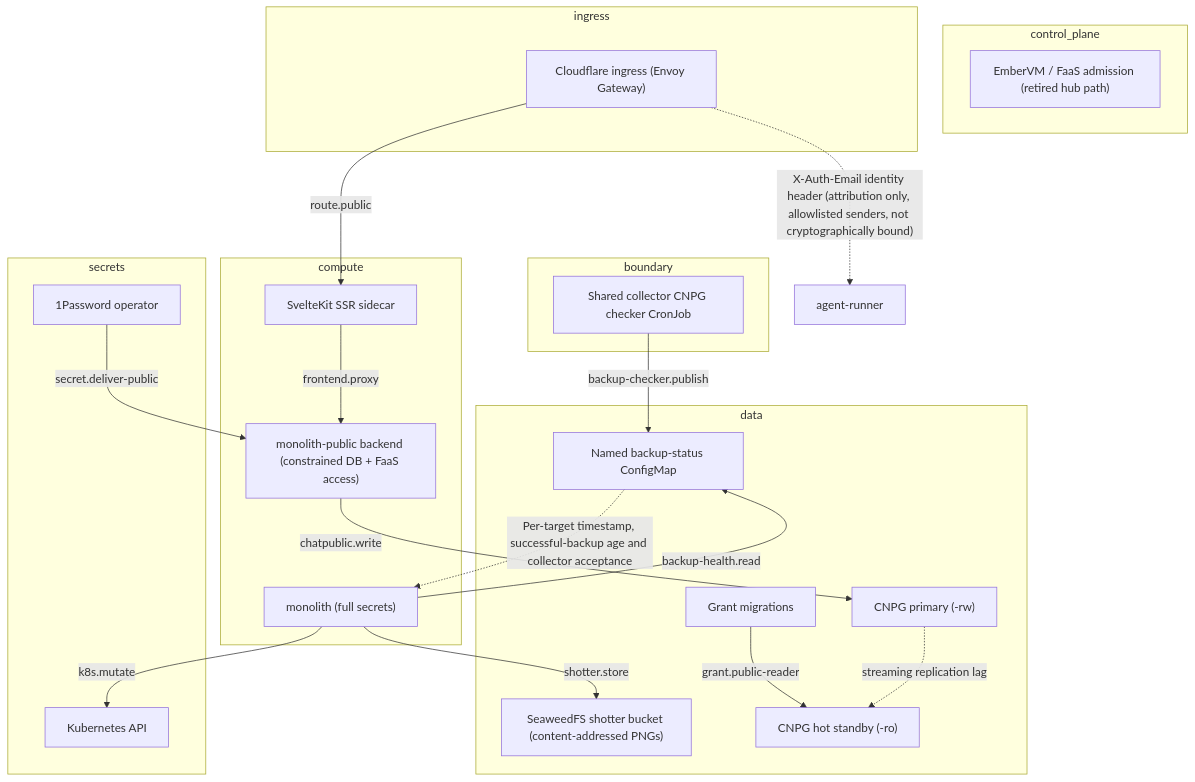
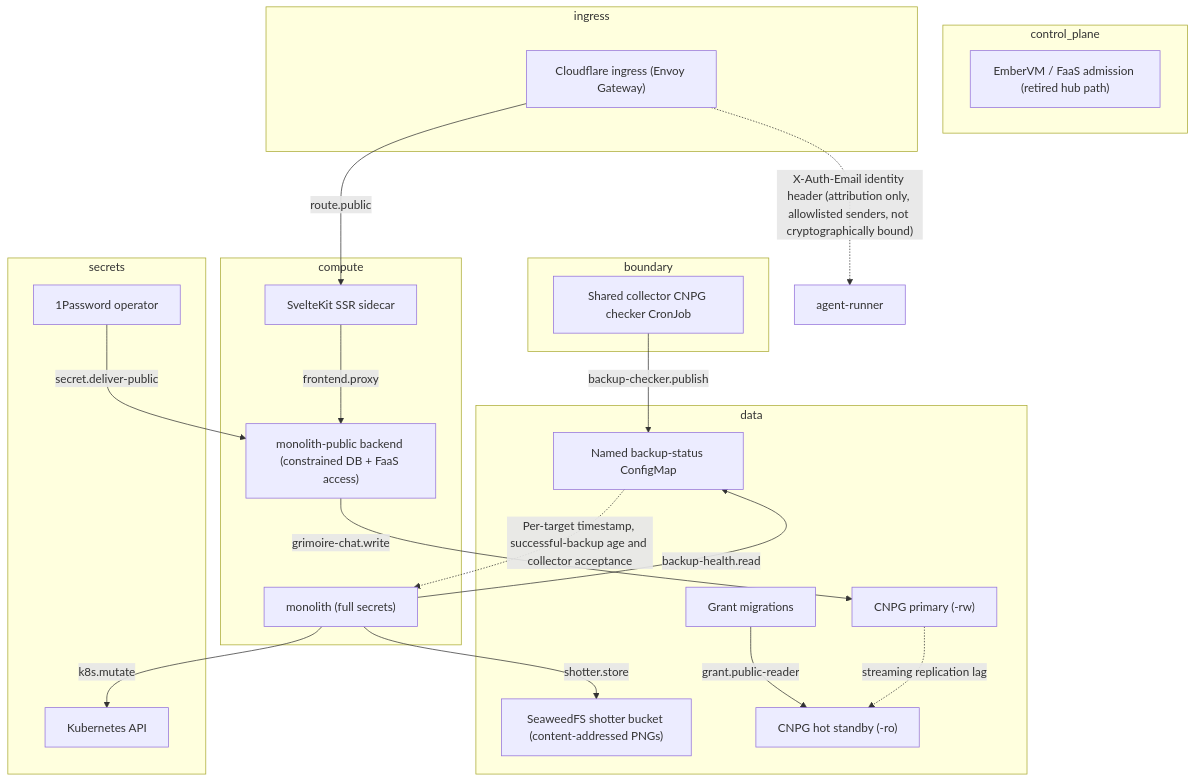
One commit to jomcgi-org/homelab changed the second of 2 diagrams in projects/monolith/STPA.md. Above: the diagram before and after it, drawn with Mermaid. The commit also changed other lines of this file and 3 other files, not shown here.

First line of the commit message:
Correct backup, public chat and retired sandbox controls in the monolith model

````diff
--- a/projects/monolith/STPA.md
+++ b/projects/monolith/STPA.md
@@ -170,40 +170,40 @@
 ```mermaid
 flowchart TD
   subgraph boundary["boundary"]
     backup-checker["Shared collector CNPG checker CronJob"]
   end
   subgraph compute["compute"]
     frontend-ssr["SvelteKit SSR sidecar"]
     private-binary["monolith (full secrets)"]
     public-binary["monolith-public backend (constrained DB + FaaS access)"]
   end
   subgraph control_plane["control_plane"]
     embervm["EmberVM / FaaS admission (retired hub path)"]
   end
   subgraph data["data"]
     backup-status["Named backup-status ConfigMap"]
     migrations["Grant migrations"]
     pg-primary["CNPG primary (-rw)"]
     pg-replica["CNPG hot standby (-ro)"]
     shotter-store["SeaweedFS shotter bucket (content-addressed PNGs)"]
   end
   subgraph ingress["ingress"]
     cf-ingress["Cloudflare ingress (Envoy Gateway)"]
   end
   subgraph secrets["secrets"]
     k8s-api["Kubernetes API"]
     onepassword["1Password operator"]
   end
   backup-checker -- "backup-checker.publish" --> backup-status
   private-binary -- "backup-health.read" --> backup-status
-  public-binary -- "chatpublic.write" --> pg-primary
   frontend-ssr -- "frontend.proxy" --> public-binary
   migrations -- "grant.public-reader" --> pg-replica
+  public-binary -- "grimoire-chat.write" --> pg-primary
   private-binary -- "k8s.mutate" --> k8s-api
   cf-ingress -- "route.public" --> frontend-ssr
   onepassword -- "secret.deliver-public" --> public-binary
   private-binary -- "shotter.store" --> shotter-store
   backup-status -. "Per-target timestamp, successful-backup age and collector acceptance" .-> private-binary
   cf-ingress -. "X-Auth-Email identity header (attribution only, allowlisted senders, not cryptographically bound)" .-> agent-runner
   pg-primary -. "streaming replication lag" .-> pg-replica
 ```
````
